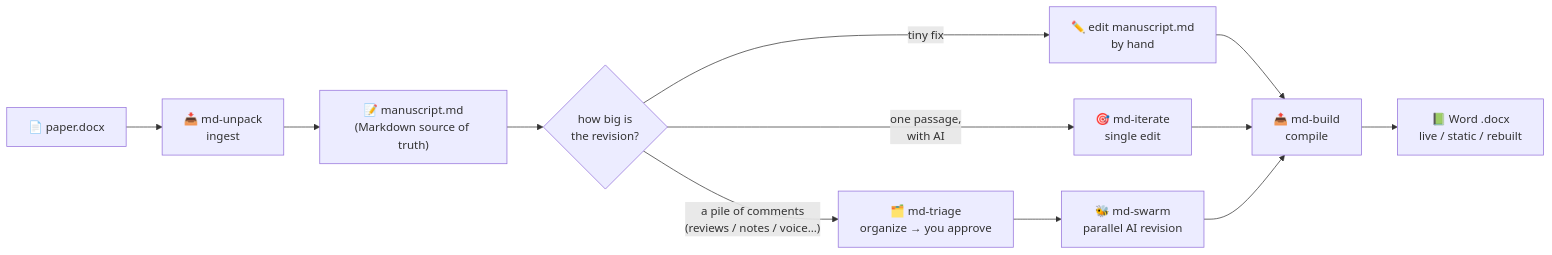
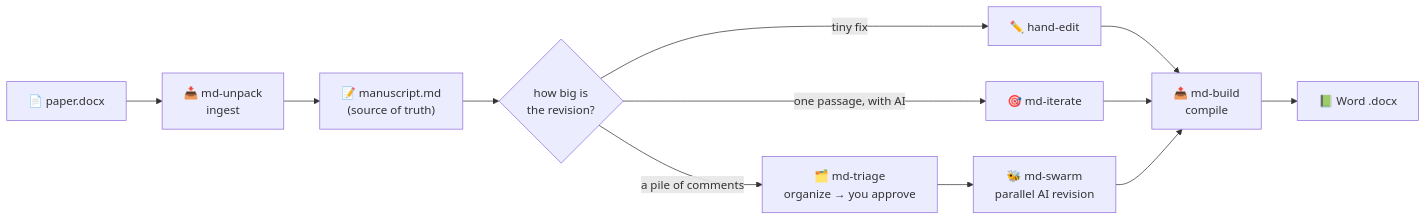
The first of 2 diagrams in README.md (pwya/md-paper), drawn with Mermaid before and after one commit. The commit also changed other lines of this file and 2 other files, not shown here.

Commit message:
docs: single-page bilingual README (anchor toggle); add Requirements (Zotero/BBT when-needed, 1M-context, pinned pandoc); trim README limitations to Windows-only; move full limitations to user guide

````diff
--- a/README.md
+++ b/README.md
@@ -73,14 +64,14 @@
 ```mermaid
 flowchart LR
     A["📄 paper.docx"] --> B["📥 md-unpack<br/>ingest"]
-    B --> C["📝 manuscript.md<br/>(Markdown source of truth)"]
+    B --> C["📝 manuscript.md<br/>(source of truth)"]
     C --> D{"how big is<br/>the revision?"}
-    D -->|"tiny fix"| E["✏️ edit manuscript.md<br/>by hand"]
-    D -->|"one passage,<br/>with AI"| K["🎯 md-iterate<br/>single edit"]
-    D -->|"a pile of comments<br/>(reviews / notes / voice…)"| T["🗂️ md-triage<br/>organize → you approve"]
+    D -->|"tiny fix"| E["✏️ hand-edit"]
+    D -->|"one passage, with AI"| K["🎯 md-iterate"]
+    D -->|"a pile of comments"| T["🗂️ md-triage<br/>organize → you approve"]
     T --> F["🐝 md-swarm<br/>parallel AI revision"]
     E --> G["📤 md-build<br/>compile"]
     K --> G
     F --> G
-    G --> H["📗 Word .docx<br/>live / static / rebuilt"]
+    G --> H["📗 Word .docx"]
 ```
````
